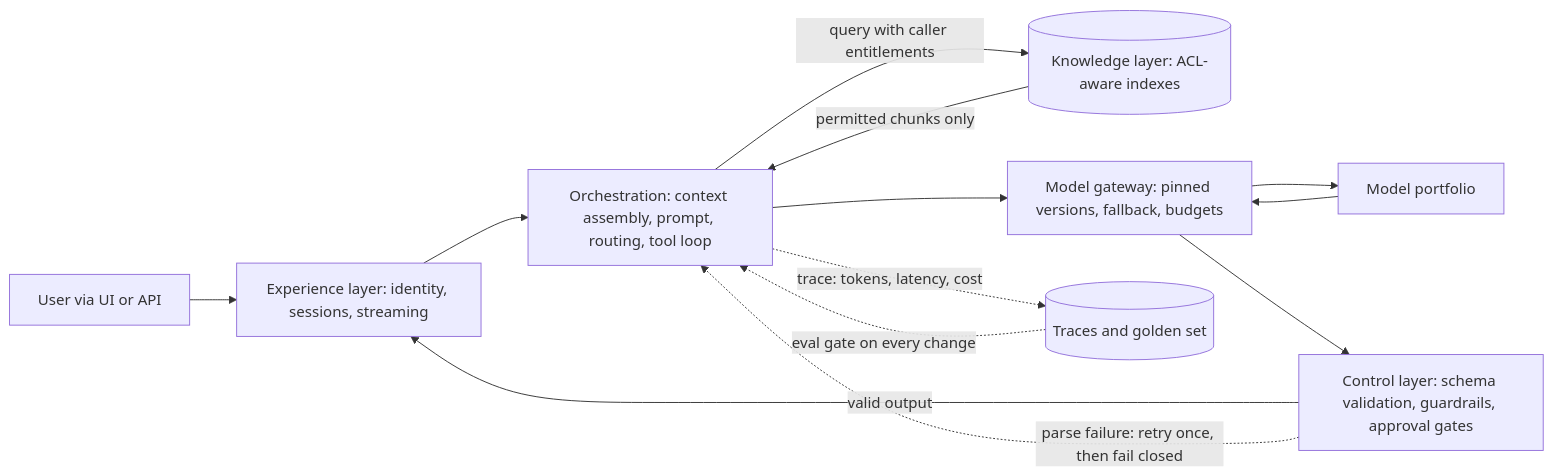
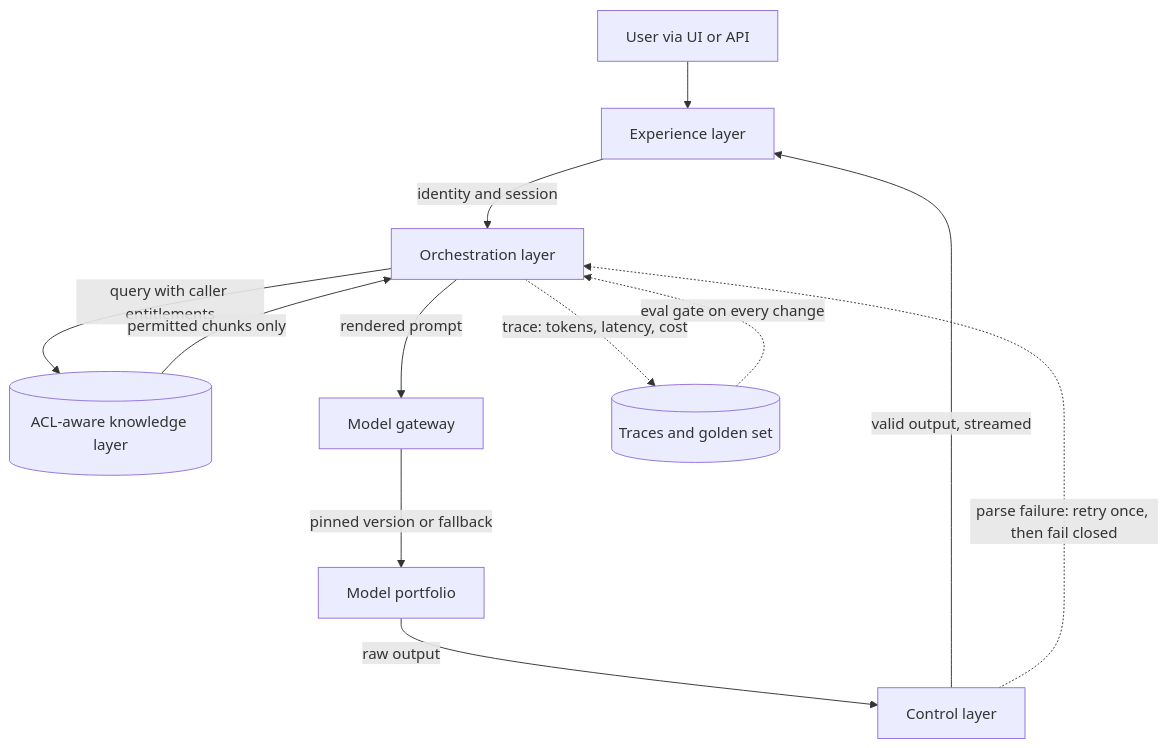
One commit to lovishmahajan97/agentic-learning changed the diagram in content/system-design/ai-solution-architecture.md. Above: the diagram before and after it, drawn with Mermaid. The commit also changed other lines of this file and 81 other files, not shown here.

````diff
--- a/content/system-design/ai-solution-architecture.md
+++ b/content/system-design/ai-solution-architecture.md
@@ -122,15 +122,14 @@
 ```mermaid
-flowchart LR
-    U["User via UI or API"] --> E["Experience layer: identity, sessions, streaming"]
-    E --> O["Orchestration: context assembly, prompt, routing, tool loop"]
-    O -->|"query with caller entitlements"| K[("Knowledge layer: ACL-aware indexes")]
+flowchart TD
+    U["User via UI or API"] --> E["Experience layer"]
+    E -->|"identity and session"| O["Orchestration layer"]
+    O -->|"query with caller entitlements"| K[("ACL-aware knowledge layer")]
     K -->|"permitted chunks only"| O
-    O --> G["Model gateway: pinned versions, fallback, budgets"]
-    G --> M["Model portfolio"]
-    M --> G
-    G --> C["Control layer: schema validation, guardrails, approval gates"]
-    C -->|"valid output"| E
+    O -->|"rendered prompt"| G["Model gateway"]
+    G -->|"pinned version or fallback"| M["Model portfolio"]
+    M -->|"raw output"| C["Control layer"]
+    C -->|"valid output, streamed"| E
     C -.->|"parse failure: retry once, then fail closed"| O
     O -.->|"trace: tokens, latency, cost"| T[("Traces and golden set")]
     T -.->|"eval gate on every change"| O
 ```
````
